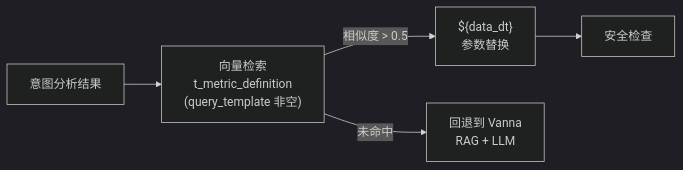
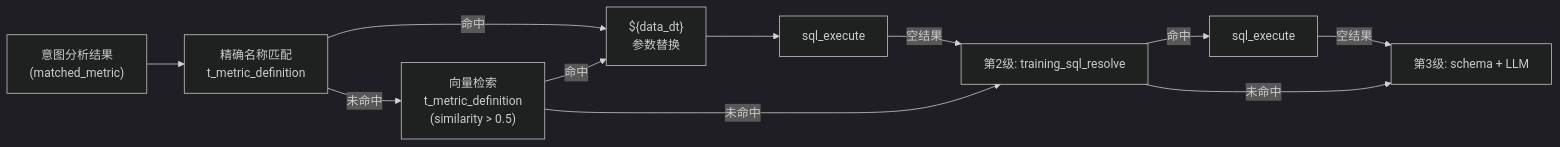
One commit to jijingkun-commits/fastapi changed the second of 5 diagrams in docs/开发文档/架构设计/问数引擎设计.md. Above: the diagram before and after it, drawn with Mermaid (dark theme). The commit also changed other lines of this file and 164 other files, not shown here.

````diff
--- a/docs/开发文档/架构设计/问数引擎设计.md
+++ b/docs/开发文档/架构设计/问数引擎设计.md
@@ -66,7 +75,13 @@
 ```mermaid
 flowchart LR
-    Intent["意图分析结果"] --> VecSearch["向量检索\nt_metric_definition\n(query_template 非空)"]
-    VecSearch -->|"相似度 > 0.5"| Replace["${data_dt}\n参数替换"]
-    VecSearch -->|"未命中"| Vanna["回退到 Vanna\nRAG + LLM"]
-    Replace --> Safety["安全检查"]
+    Intent["意图分析结果\n(matched_metric)"] --> Exact["精确名称匹配\nt_metric_definition"]
+    Exact -->|"命中"| Replace["${data_dt}\n参数替换"]
+    Exact -->|"未命中"| VecSearch["向量检索\nt_metric_definition\n(similarity > 0.5)"]
+    VecSearch -->|"命中"| Replace
+    VecSearch -->|"未命中"| Training["第2级: training_sql_resolve"]
+    Replace --> Execute["sql_execute"]
+    Execute -->|"空结果"| Training
+    Training -->|"命中"| Execute2["sql_execute"]
+    Training -->|"未命中"| Schema["第3级: schema + LLM"]
+    Execute2 -->|"空结果"| Schema
 ```
````
